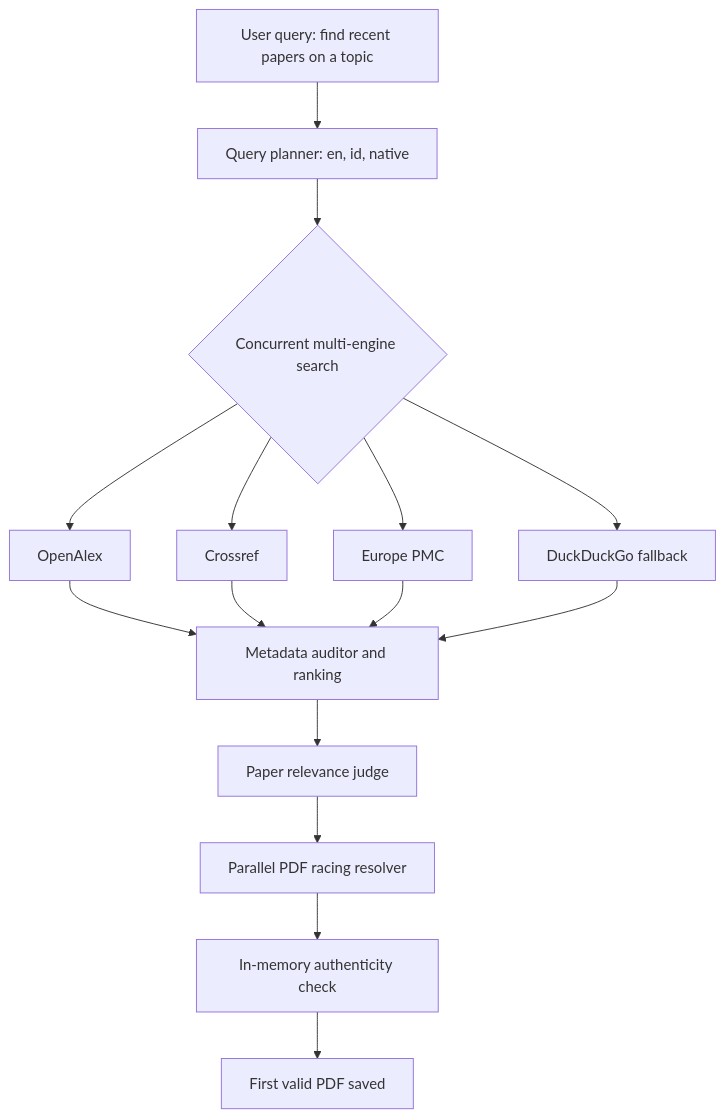
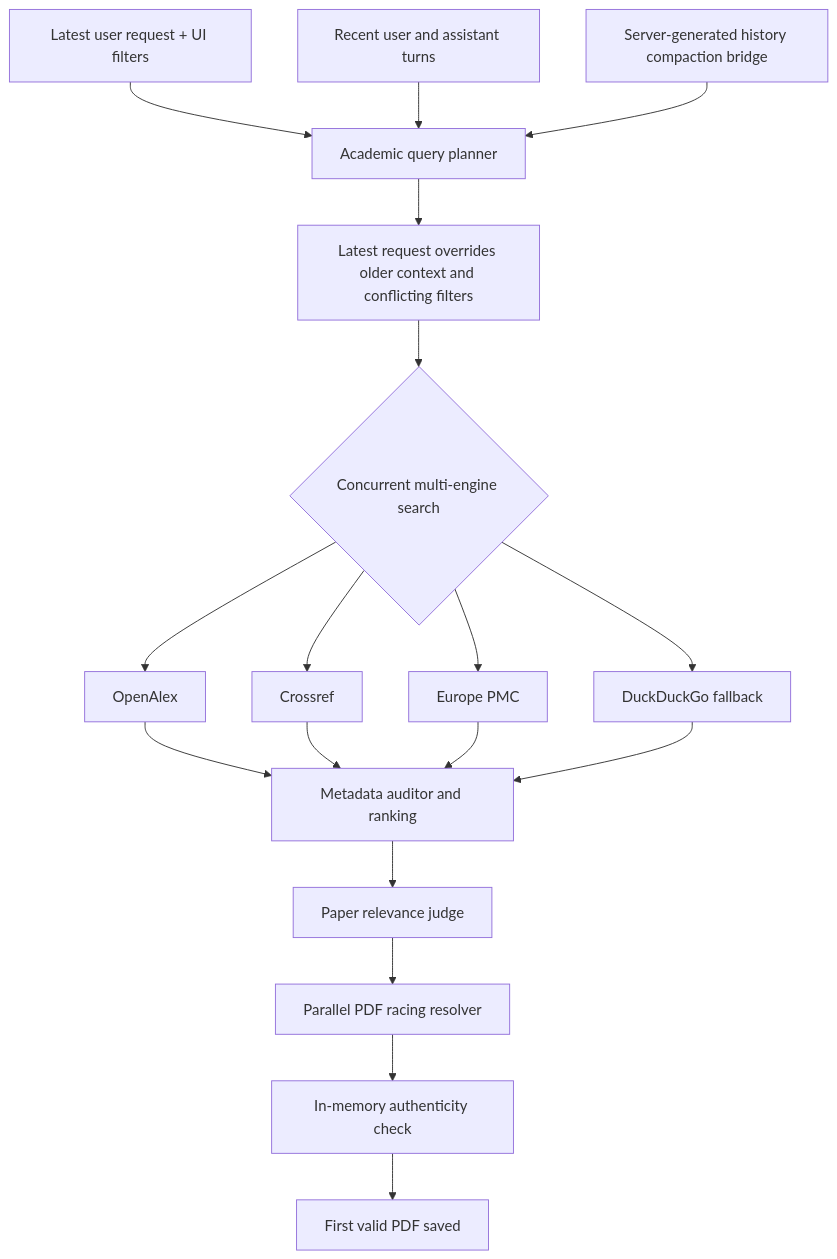
The fifth of 8 diagrams in docs/TECHNICAL_STACK_AND_PIPELINES.md (ganendraditya/not-notebooklm), drawn with Mermaid before and after one commit. The commit also changed other lines of this file and 38 other files, not shown here.

Commit message:
fix: preserve search context and explicit language choice (#48)

````diff
--- a/docs/TECHNICAL_STACK_AND_PIPELINES.md
+++ b/docs/TECHNICAL_STACK_AND_PIPELINES.md
@@ -196,17 +196,20 @@
 ```mermaid
 flowchart TD
-    UQ["User query: find recent papers on a topic"] --> QP["Query planner: en, id, native"]
-    QP --> PAR{"Concurrent multi-engine search"}
+    UQ["Latest user request + UI filters"] --> QP["Academic query planner"]
+    HIST["Recent user and assistant turns"] --> QP
+    COMPACT["Server-generated history compaction bridge"] --> QP
+    QP --> PRIORITY["Latest request overrides older context and conflicting filters"]
+    PRIORITY --> PAR{"Concurrent multi-engine search"}
     PAR --> OA["OpenAlex"]
     PAR --> CR["Crossref"]
     PAR --> EP["Europe PMC"]
     PAR --> DDG["DuckDuckGo fallback"]
     OA --> AUD["Metadata auditor and ranking"]
     CR --> AUD
     EP --> AUD
     DDG --> AUD
     AUD --> JUDGE["Paper relevance judge"]
     JUDGE --> RACE["Parallel PDF racing resolver"]
     RACE --> VER["In-memory authenticity check"]
     VER --> WIN["First valid PDF saved"]
 ```
````
